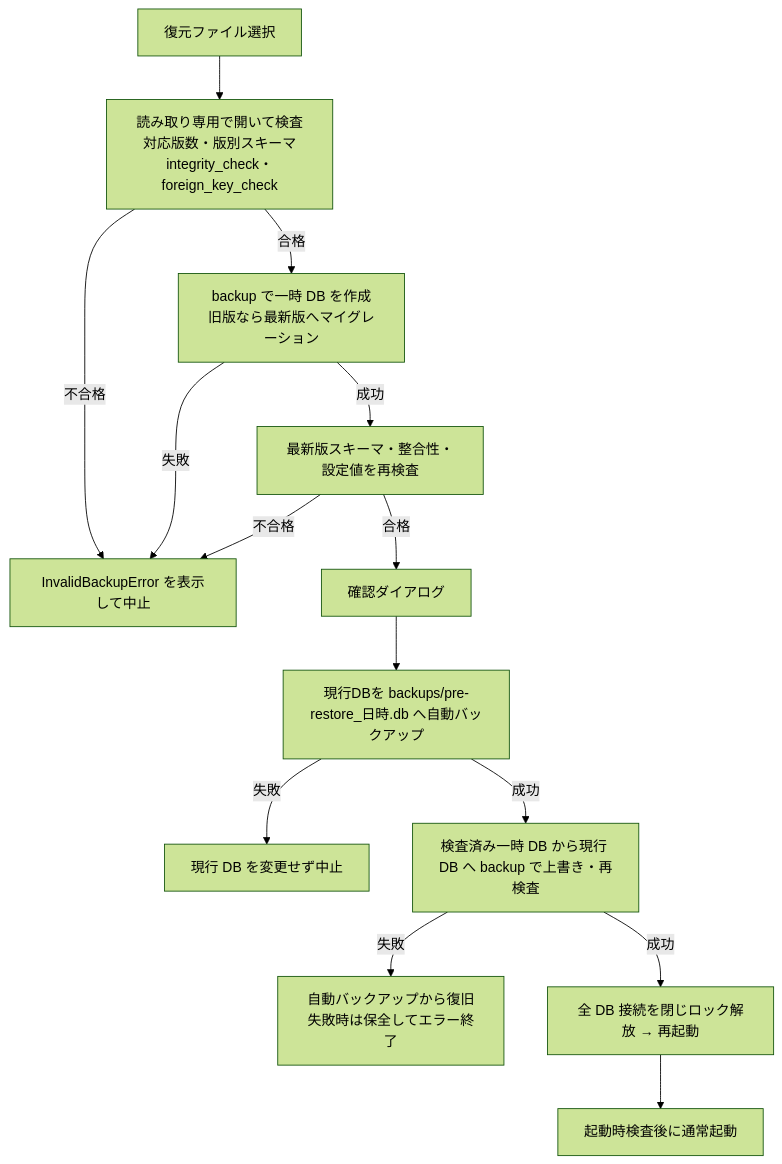
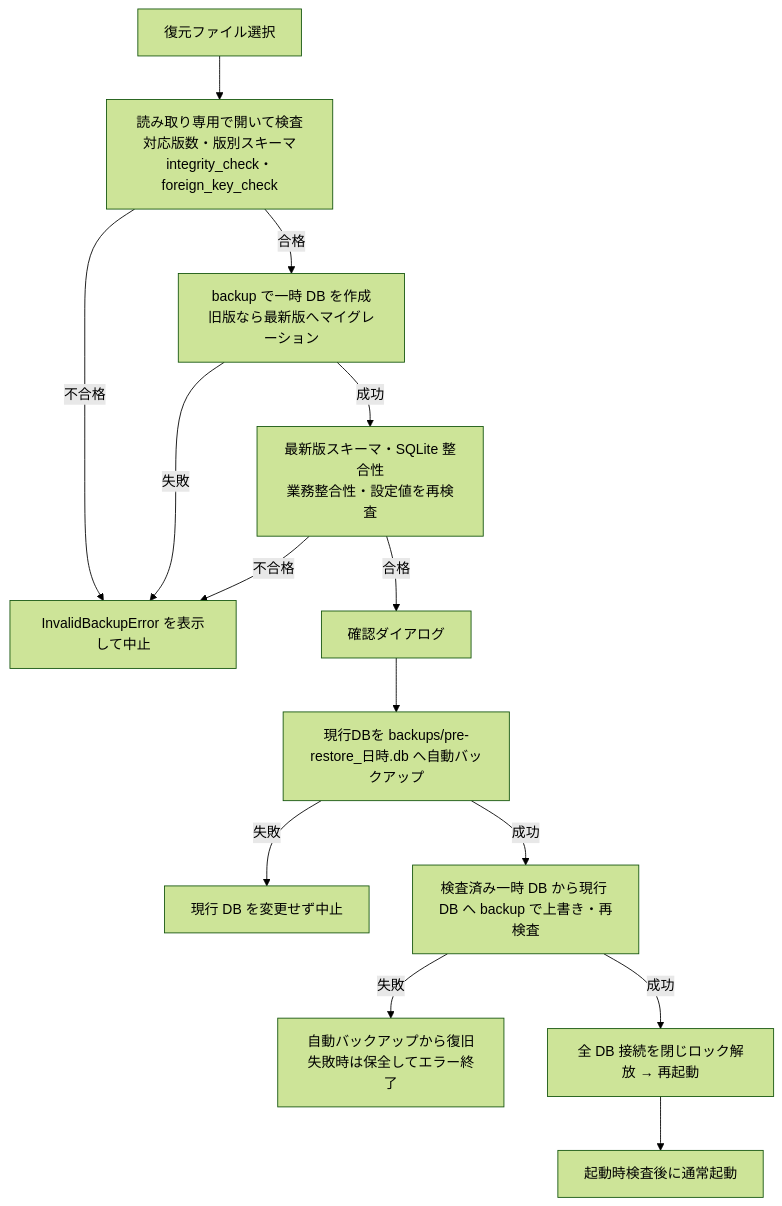
Before and after one commit to sho-kawasaki-dd/inventory-management-app: the fifth of 5 diagrams in docs/ローカル在庫管理アプリ開発計画書.md, drawn with Mermaid (forest theme). The commit also changed other lines of this file, not shown here.

````diff
--- a/docs/ローカル在庫管理アプリ開発計画書.md
+++ b/docs/ローカル在庫管理アプリ開発計画書.md
@@ -630,16 +652,16 @@
 ```mermaid
 flowchart TD
   A[復元ファイル選択] --> B[読み取り専用で開いて検査<br>対応版数・版別スキーマ<br>integrity_check・foreign_key_check]
     B -- 不合格 --> X[InvalidBackupError を表示して中止]
   B -- 合格 --> T[backup で一時 DB を作成<br>旧版なら最新版へマイグレーション]
   T -- 失敗 --> X
-  T -- 成功 --> V[最新版スキーマ・整合性・設定値を再検査]
+  T -- 成功 --> V[最新版スキーマ・SQLite 整合性<br>業務整合性・設定値を再検査]
   V -- 不合格 --> X
   V -- 合格 --> C[確認ダイアログ]
     C --> D[現行DBを backups/pre-restore_日時.db へ自動バックアップ]
   D -- 失敗 --> ABORT[現行 DB を変更せず中止]
   D -- 成功 --> E[検査済み一時 DB から現行 DB へ backup で上書き・再検査]
   E -- 失敗 --> R[自動バックアップから復旧<br>失敗時は保全してエラー終了]
   E -- 成功 --> F[全 DB 接続を閉じロック解放 → 再起動]
   F --> G[起動時検査後に通常起動]
 ```
````
